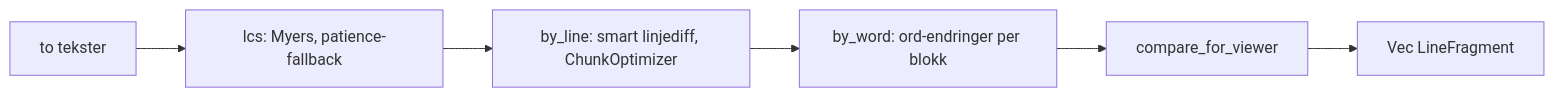
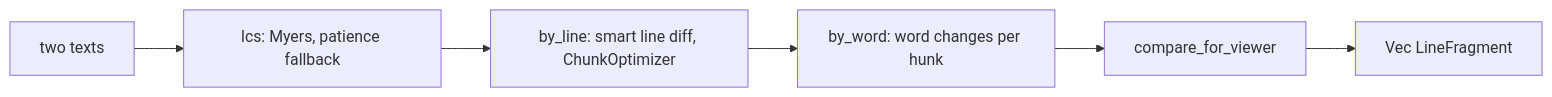
One commit to akemkers/jetdiff changed the diagram in crates/jetdiff-core/README.md. Above: the diagram before and after it, drawn with Mermaid. The commit also changed other lines of this file and 15 other files, not shown here.

````diff
--- a/crates/jetdiff-core/README.md
+++ b/crates/jetdiff-core/README.md
@@ -29,8 +29,8 @@
 ```mermaid
 graph LR
-    input[to tekster] --> lcs[lcs: Myers, patience-fallback]
-    lcs --> by_line[by_line: smart linjediff, ChunkOptimizer]
-    by_line --> by_word[by_word: ord-endringer per blokk]
+    input[two texts] --> lcs[lcs: Myers, patience fallback]
+    lcs --> by_line[by_line: smart line diff, ChunkOptimizer]
+    by_line --> by_word[by_word: word changes per hunk]
     by_word --> viewer[compare_for_viewer]
     viewer --> out[Vec LineFragment]
 ```
````
